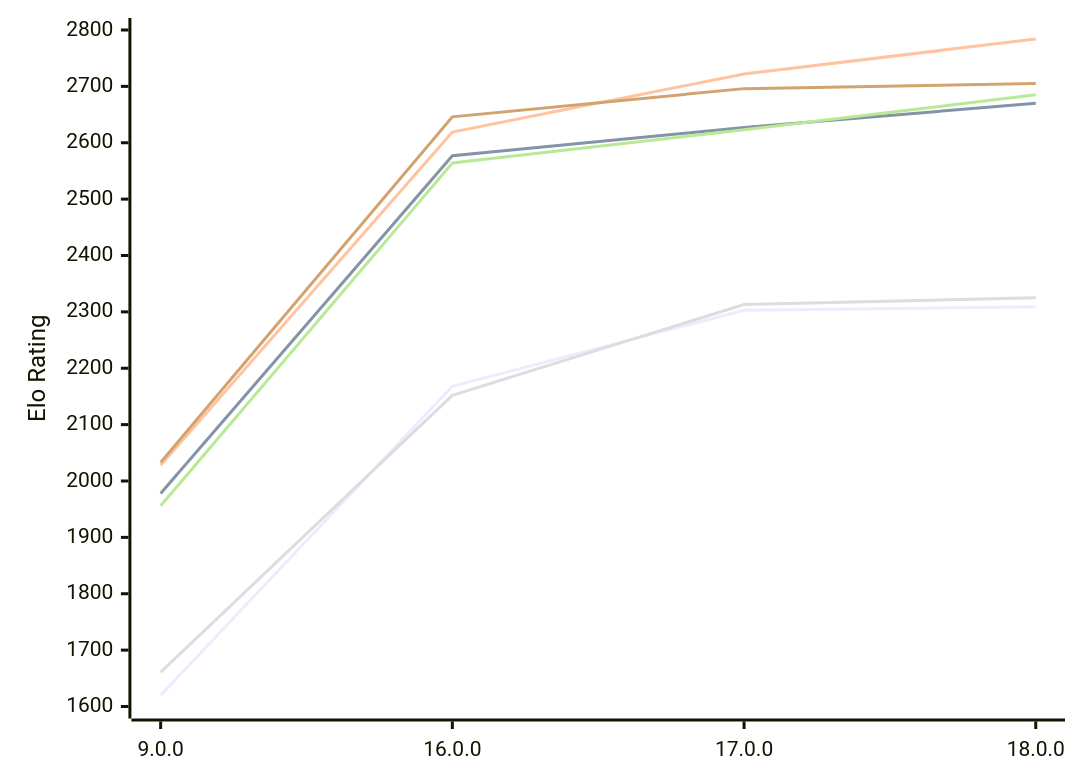
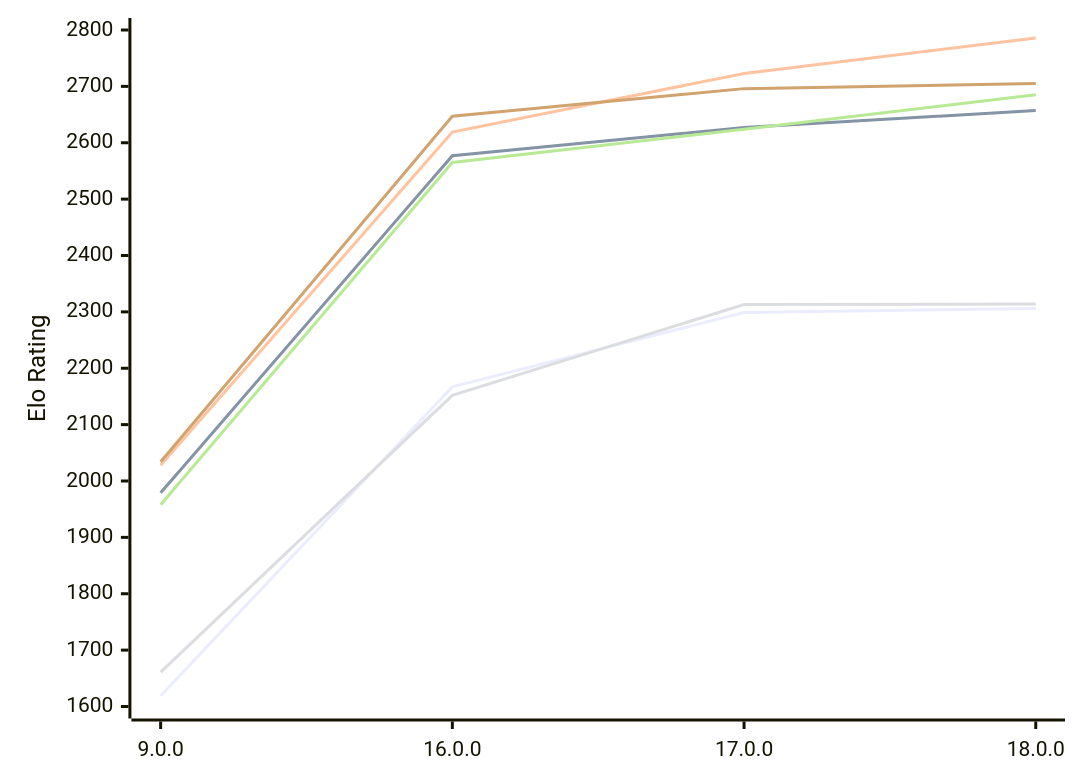
One commit to computer-chess-index/cci changed the first of 2 diagrams in engines/Cepimetheus.md. Above: the diagram before and after it, drawn with Mermaid. The commit also changed other lines of this file, not shown here.

Commit message:
Update CCI Ratings (ELO VLTC) - 2026-11-27

````diff
--- a/engines/Cepimetheus.md
+++ b/engines/Cepimetheus.md
@@ -66,12 +66,12 @@
 ```mermaid
 %%{init: {"theme":"base","themeVariables":{"seriesColors:['#a3a3a3','#222221','#faa371']}}}%%
 xychart-beta
   x-axis ["9.0.0", "16.0.0", "17.0.0", "18.0.0"]
   y-axis "Elo Rating" 1600 --> 2800
-  line "E1: STC (8.0+0.08s)" [1620, 2168, 2303, 2309]
-  line "E1: LTC (60.0+0.60s)" [1978, 2577, 2627, 2670]
-  line "E1: VLTC (2m24s+1.12s)" [2028, 2619, 2722, 2784]
-  line "P1: STC (8.0+0.08s)" [1661, 2152, 2313, 2325]
-  line "P1: LTC (60.0+0.60s)" [1956, 2564, 2623, 2685]
-  line "P1: VLTC (2m24s+1.12s)" [2033, 2646, 2696, 2705]
+  line "E1: STC (8.0+0.08s)" [1619, 2167, 2299, 2306]
+  line "E1: LTC (60.0+0.60s)" [1979, 2577, 2627, 2657]
+  line "E1: VLTC (2m24s+1.12s)" [2028, 2619, 2723, 2786]
+  line "P1: STC (8.0+0.08s)" [1661, 2152, 2313, 2314]
+  line "P1: LTC (60.0+0.60s)" [1958, 2565, 2624, 2685]
+  line "P1: VLTC (2m24s+1.12s)" [2034, 2647, 2696, 2705]
 ```
````
